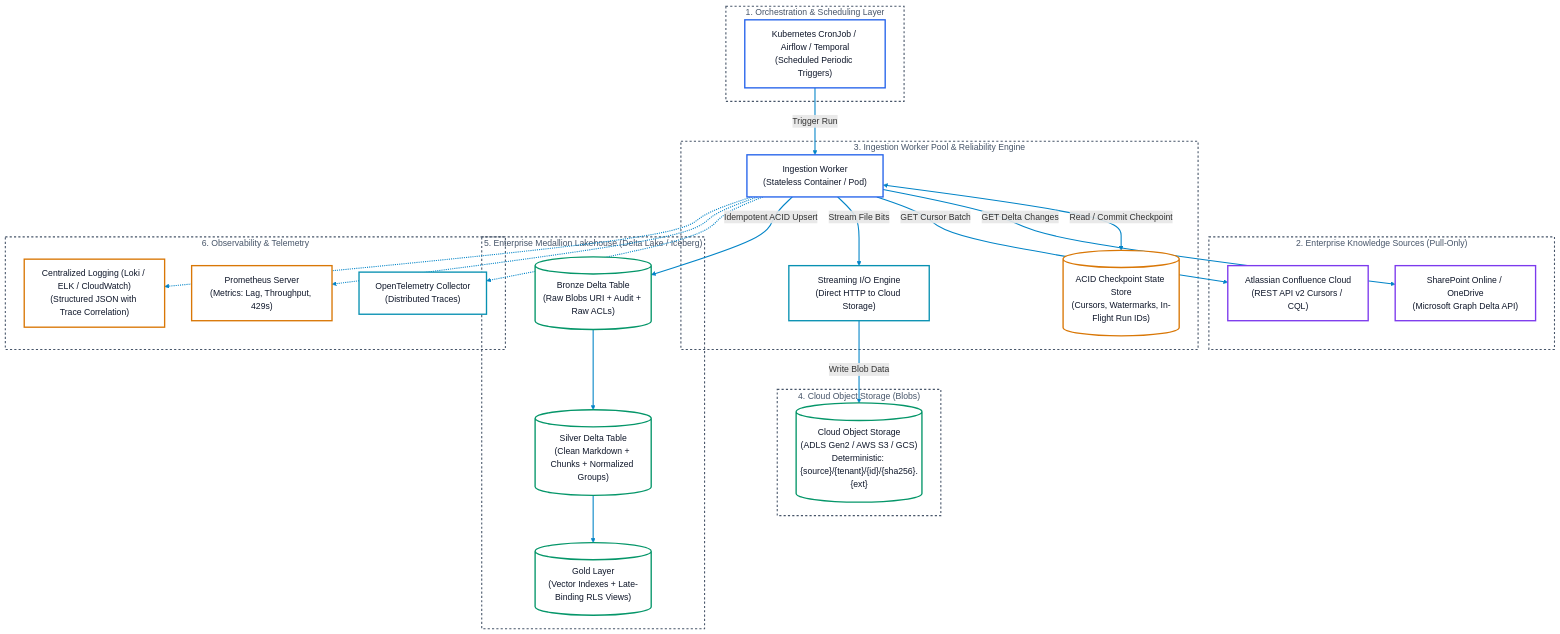
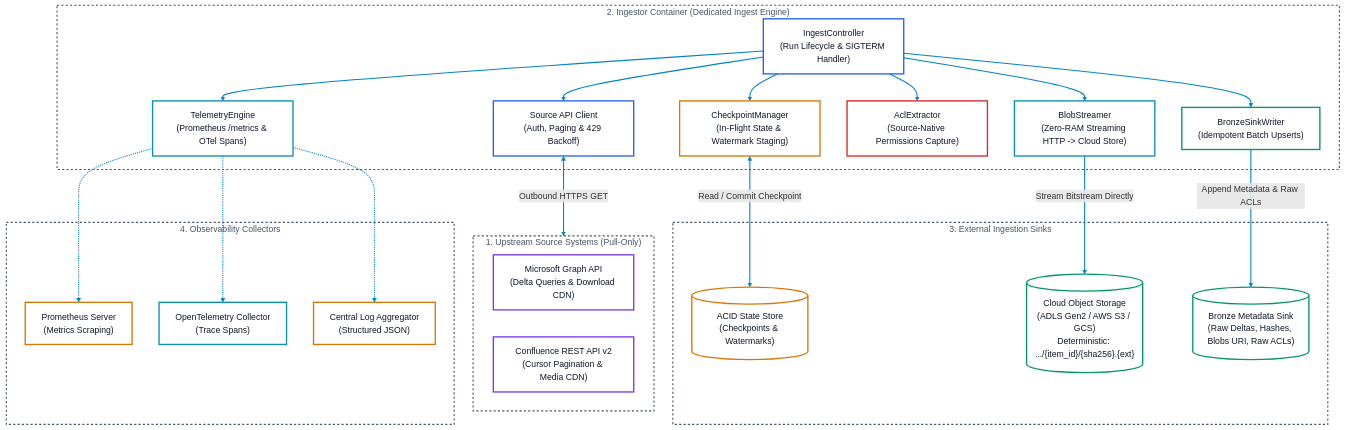
The first of 2 diagrams in docs/architectures/README.md (toanbui626391/document_ingestors), drawn with Mermaid before and after one commit. The commit also changed other lines of this file and 2 other files, not shown here.

````diff
--- a/docs/architectures/README.md
+++ b/docs/architectures/README.md
@@ -25,69 +23,64 @@
 ```mermaid
 flowchart TD
-    subgraph Schedulers ["1. Orchestration & Scheduling Layer"]
-        Cron["Kubernetes CronJob / Airflow / Temporal\n(Scheduled Periodic Triggers)"]:::blue
+    subgraph Upstream ["1. Upstream Source Systems (Pull-Only)"]
+        SP_API["Microsoft Graph API\n(Delta Queries & Download CDN)"]:::purple
+        CF_API["Confluence REST API v2\n(Cursor Pagination & Media CDN)"]:::purple
     end
 
-    subgraph Sources ["2. Enterprise Knowledge Sources (Pull-Only)"]
-        SP["SharePoint Online / OneDrive\n(Microsoft Graph Delta API)"]:::purple
-        CF["Atlassian Confluence Cloud\n(REST API v2 Cursors / CQL)"]:::purple
+    subgraph Ingestor ["2. Ingestor Container (Dedicated Ingest Engine)"]
+        Controller["IngestController\n(Run Lifecycle & SIGTERM Handler)"]:::blue
+        SourceClient["Source API Client\n(Auth, Paging & 429 Backoff)"]:::blue
+        CheckpointMgr["CheckpointManager\n(In-Flight State & Watermark Staging)"]:::amber
+        BlobStreamer["BlobStreamer\n(Zero-RAM Streaming HTTP -> Cloud Store)"]:::cyan
+        AclExtractor["AclExtractor\n(Source-Native Permissions Capture)"]:::red
+        BronzeWriter["BronzeSinkWriter\n(Idempotent Batch Upserts)"]:::green
+        Telemetry["TelemetryEngine\n(Prometheus /metrics & OTel Spans)"]:::cyan
     end
 
-    subgraph IngestEngine ["3. Ingestion Worker Pool & Reliability Engine"]
-        Worker["Ingestion Worker\n(Stateless Container / Pod)"]:::blue
-        StateStore[("ACID Checkpoint State Store\n(Cursors, Watermarks, In-Flight Run IDs)")]:::amber
-        BlobStreamer["Streaming I/O Engine\n(Direct HTTP to Cloud Storage)"]:::cyan
+    subgraph Sinks ["3. External Ingestion Sinks"]
+        StateDB[("ACID State Store\n(Checkpoints & Watermarks)")]:::amber
+        BlobStore[("Cloud Object Storage\n(ADLS Gen2 / AWS S3 / GCS)\nDeterministic: .../{item_id}/{sha256}.{ext}")]:::green
+        BronzeTable[("Bronze Metadata Sink\n(Raw Deltas, Hashes, Blobs URI, Raw ACLs)")]:::green
     end
 
-    subgraph ObjectStore ["4. Cloud Object Storage (Blobs)"]
-        RawBuckets[("Cloud Object Storage\n(ADLS Gen2 / AWS S3 / GCS)\nDeterministic: {source}/{tenant}/{id}/{sha256}.{ext}")]:::green
+    subgraph Observers ["4. Observability Collectors"]
+        Prom["Prometheus Server\n(Metrics Scraping)"]:::amber
+        Otel["OpenTelemetry Collector\n(Trace Spans)"]:::cyan
+        Logs["Central Log Aggregator\n(Structured JSON)"]:::amber
     end
 
-    subgraph Lakehouse ["5. Enterprise Medallion Lakehouse (Delta Lake / Iceberg)"]
-        Bronze[("Bronze Delta Table\n(Raw Blobs URI + Audit + Raw ACLs)")]:::green
-        Silver[("Silver Delta Table\n(Clean Markdown + Chunks + Normalized Groups)")]:::green
-        Gold[("Gold Layer\n(Vector Indexes + Late-Binding RLS Views)")]:::green
-    end
+    %% Internal Ingestor Connections
+    Controller --> SourceClient
+    Controller --> CheckpointMgr
+    Controller --> BlobStreamer
+    Controller --> AclExtractor
+    Controller --> BronzeWriter
+    Controller --> Telemetry
 
-    subgraph Monitoring ["6. Observability & Telemetry"]
-        Otel["OpenTelemetry Collector\n(Distributed Traces)"]:::cyan
-        Prom["Prometheus Server\n(Metrics: Lag, Throughput, 429s)"]:::amber
-        Logs["Centralized Logging (Loki / ELK / CloudWatch)\n(Structured JSON with Trace Correlation)"]:::amber
-    end
-
-    %% Workflow Connections
-    Cron -->|Trigger Run| Worker
-    Worker <-->|Read / Commit Checkpoint| StateStore
-    Worker -->|GET Delta Changes| SP
-    Worker -->|GET Cursor Batch| CF
-    Worker -->|Stream File Bits| BlobStreamer
-    BlobStreamer -->|Write Blob Data| RawBuckets
-    Worker -->|Idempotent ACID Upsert| Bronze
-    Bronze --> Silver
-    Silver --> Gold
-
-    %% Telemetry Connections
-    Worker -.-> Otel
-    Worker -.-> Prom
-    Worker -.-> Logs
+    %% External Interface Connections
+    SourceClient <-->|Outbound HTTPS GET| Upstream
+    CheckpointMgr <-->|Read / Commit Checkpoint| StateDB
+    BlobStreamer -->|Stream Bitstream Directly| BlobStore
+    BronzeWriter -->|Append Metadata & Raw ACLs| BronzeTable
+    Telemetry -.-> Prom
+    Telemetry -.-> Otel
+    Telemetry -.-> Logs
 
     %% Subgraphs Style
-    style Schedulers fill:none,stroke:#475569,stroke-width:2px,stroke-dasharray: 4 4,color:#475569
-    style Sources fill:none,stroke:#475569,stroke-width:2px,stroke-dasharray: 4 4,color:#475569
-    style IngestEngine fill:none,stroke:#475569,stroke-width:2px,stroke-dasharray: 4 4,color:#475569
-    style ObjectStore fill:none,stroke:#475569,stroke-width:2px,stroke-dasharray: 4 4,color:#475569
-    style Lakehouse fill:none,stroke:#475569,stroke-width:2px,stroke-dasharray: 4 4,color:#475569
-    style Monitoring fill:none,stroke:#475569,stroke-width:2px,stroke-dasharray: 4 4,color:#475569
+    style Upstream fill:none,stroke:#475569,stroke-width:2px,stroke-dasharray: 4 4,color:#475569
+    style Ingestor fill:none,stroke:#475569,stroke-width:2px,stroke-dasharray: 4 4,color:#475569
+    style Sinks fill:none,stroke:#475569,stroke-width:2px,stroke-dasharray: 4 4,color:#475569
+    style Observers fill:none,stroke:#475569,stroke-width:2px,stroke-dasharray: 4 4,color:#475569
 
     %% High-Visibility Link Arrows
     linkStyle default stroke:#0284c7,stroke-width:2px
 
-    %% Dual-Mode Palette Classes
+    %% High-Luminance Card Classes
     classDef default fill:#ffffff,stroke:#475569,stroke-width:2.5px,color:#0f172a;
     classDef blue    fill:#ffffff,stroke:#2563eb,stroke-width:2.5px,color:#0f172a;
     classDef green   fill:#ffffff,stroke:#059669,stroke-width:2.5px,color:#0f172a;
     classDef amber   fill:#ffffff,stroke:#d97706,stroke-width:2.5px,color:#0f172a;
     classDef purple  fill:#ffffff,stroke:#7c3aed,stroke-width:2.5px,color:#0f172a;
     classDef red     fill:#ffffff,stroke:#dc2626,stroke-width:2.5px,color:#0f172a;
     classDef cyan    fill:#ffffff,stroke:#0891b2,stroke-width:2.5px,color:#0f172a;
 ```
````
